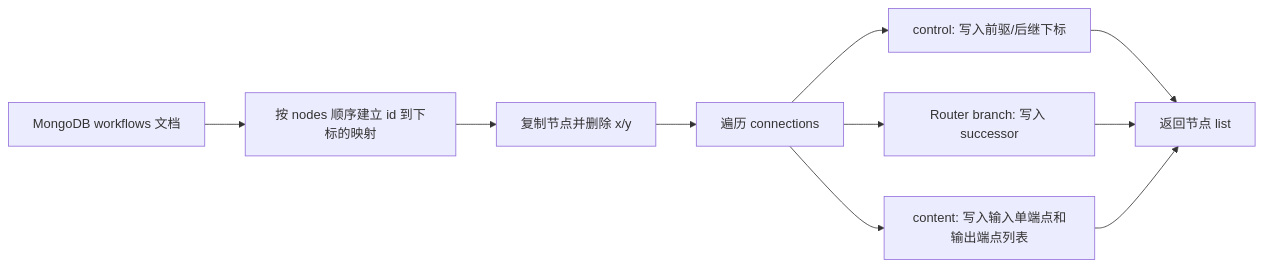
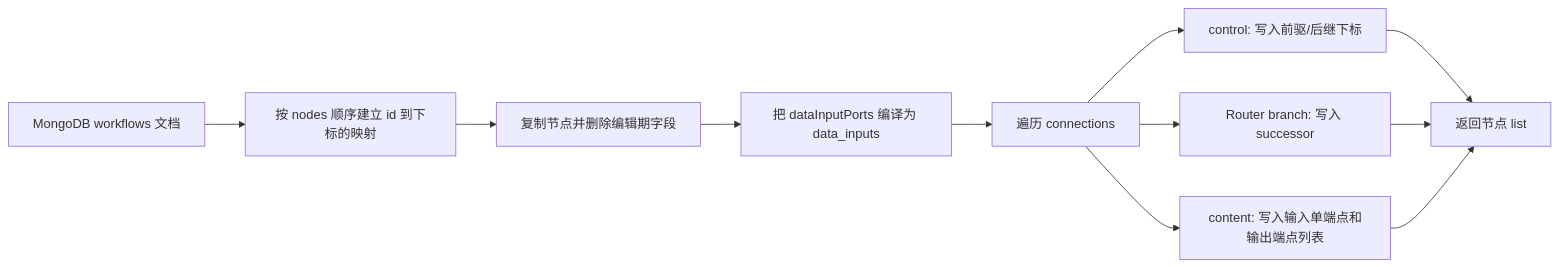
Before and after one commit to g-Ironfox/AAgent: the diagram in docs/13-Workflow解析器.md, drawn with Mermaid. The commit also changed other lines of this file and 5 other files, not shown here.

````diff
--- a/docs/13-Workflow解析器.md
+++ b/docs/13-Workflow解析器.md
@@ -185,12 +245,13 @@
 ```mermaid
 flowchart LR
     A[MongoDB workflows 文档] --> B[按 nodes 顺序建立 id 到下标的映射]
-    B --> C[复制节点并删除 x/y]
-    C --> D[遍历 connections]
+    B --> C[复制节点并删除编辑期字段]
+    C --> C1[把 dataInputPorts 编译为 data_inputs]
+    C1 --> D[遍历 connections]
     D --> E[control: 写入前驱/后继下标]
     D --> F[Router branch: 写入 successor]
     D --> G[content: 写入输入单端点和输出端点列表]
     E --> H[返回节点 list]
     F --> H
     G --> H
 ```
````
